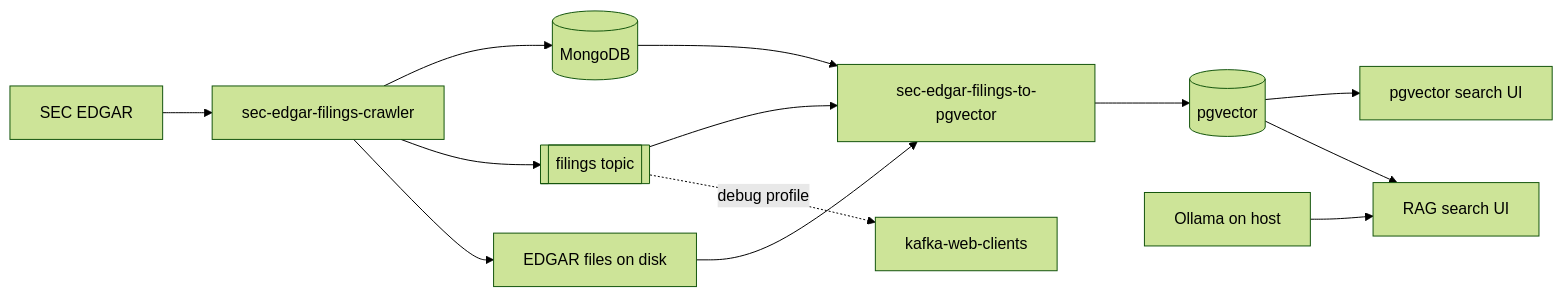
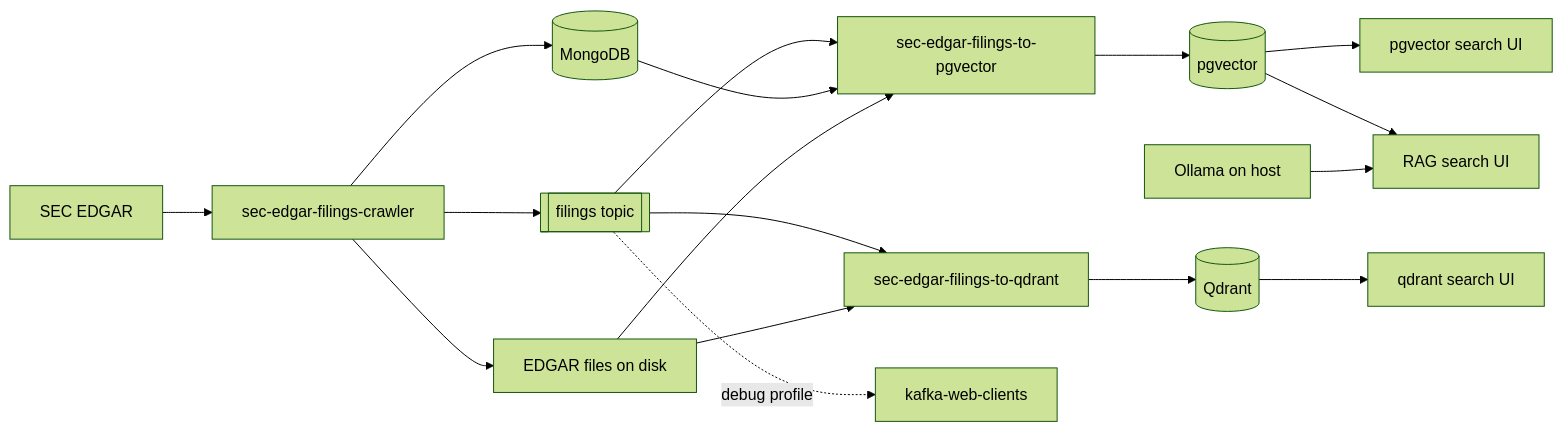
The diagram in README.md (sanjuthomas/sec-edgar-filings-rag-demo), drawn with Mermaid (forest theme) before and after one commit. The commit also changed other lines of this file and 2 other files, not shown here.

First line of the commit message:
Add Qdrant vector store and ETL services to the compose stack.

````diff
--- a/README.md
+++ b/README.md
@@ -32,17 +33,21 @@
 ```mermaid
 flowchart LR
     SEC["SEC EDGAR"] --> API["sec-edgar-filings-crawler"]
     API --> Mongo[("MongoDB")]
     API --> Kafka[["filings topic"]]
     API --> Disk["EDGAR files on disk"]
 
     Kafka --> ETL["sec-edgar-filings-to-pgvector"]
+    Kafka --> QdrantETL["sec-edgar-filings-to-qdrant"]
     Mongo --> ETL
     Disk --> ETL
+    Disk --> QdrantETL
     ETL --> PG[("pgvector")]
+    QdrantETL --> Qdrant[("Qdrant")]
     PG --> SearchUI["pgvector search UI"]
+    Qdrant --> QdrantSearch["qdrant search UI"]
     PG --> UI["RAG search UI"]
     Ollama["Ollama on host"] --> UI
 
     Kafka -.->|debug profile| KWC["kafka-web-clients"]
 ```
````
